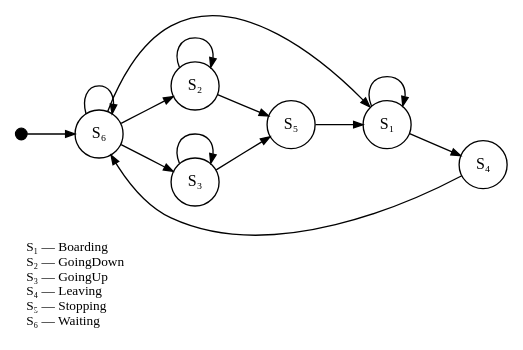
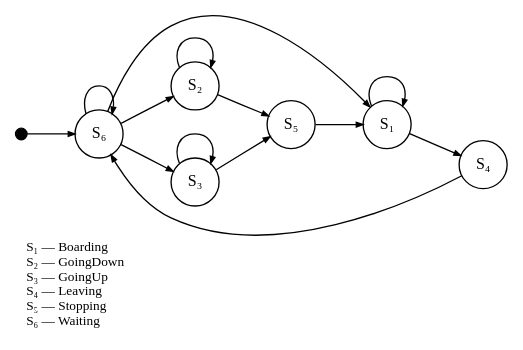
One commit to Pastor/Takt changed the diagram in book/src/17-showcase/images/lift-kripke.dot. Above: the diagram before and after it, drawn with Graphviz. The commit also changed 6 other files, not shown here.

```diff
--- a/book/src/17-showcase/images/lift-kripke.dot
+++ b/book/src/17-showcase/images/lift-kripke.dot
@@ -1,30 +1,30 @@
 digraph Kripke {
   rankdir=LR;
   fontname="GOST 2.304-81";
   fontsize=10;
   node [shape=circle, fixedsize=true, width=0.5, height=0.5, fontsize=12, fontname="GOST 2.304-81"];
-  edge [arrowsize=0.7, fontname="GOST 2.304-81"];
+  edge [arrowsize=0.5, fontname="GOST 2.304-81"];
   __start [shape=point, width=0.12];
   __start -> k5;
   k0 [label="S₁"];
   k1 [label="S₂"];
   k2 [label="S₃"];
   k3 [label="S₄"];
   k4 [label="S₅"];
   k5 [label="S₆"];
   k0 -> k0;
   k0 -> k3;
   k1 -> k1;
   k1 -> k4;
   k2 -> k2;
   k2 -> k4;
   k3 -> k5;
   k4 -> k0;
   k5 -> k0;
   k5 -> k1;
   k5 -> k2;
   k5 -> k5;
   label="S₁ — Boarding\lS₂ — GoingDown\lS₃ — GoingUp\lS₄ — Leaving\lS₅ — Stopping\lS₆ — Waiting\l";
   labelloc="b";
   labeljust="l";
 }
```
